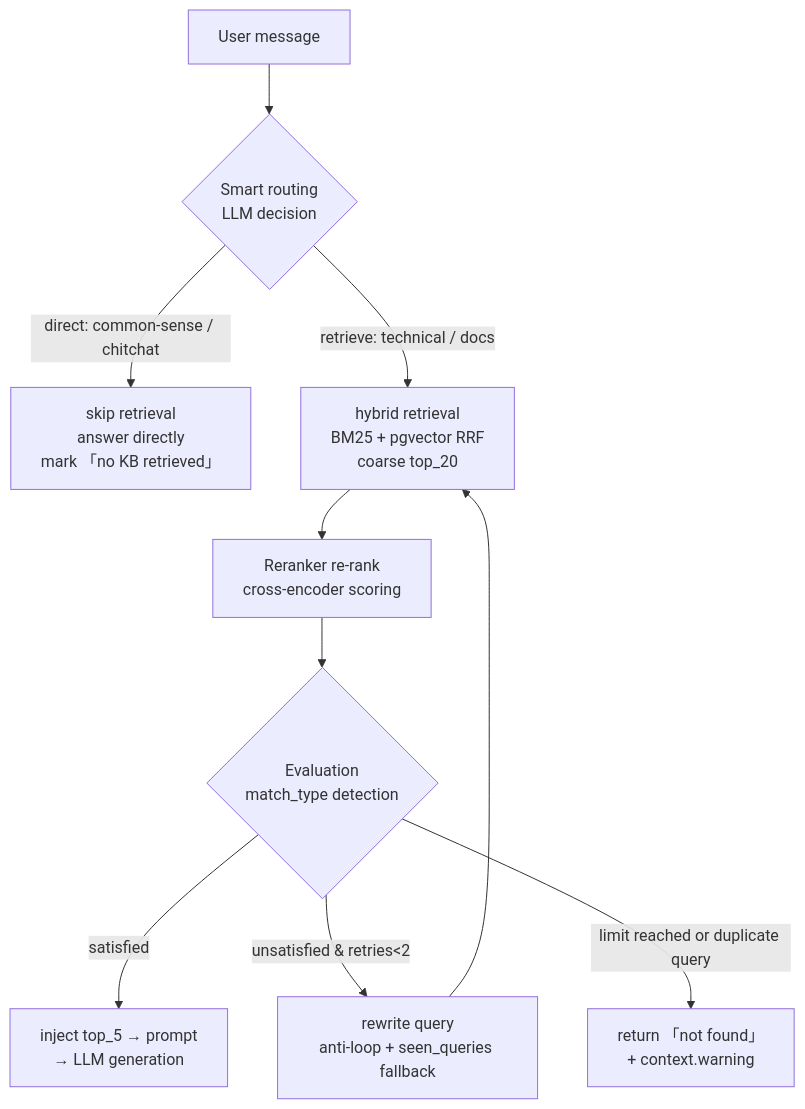
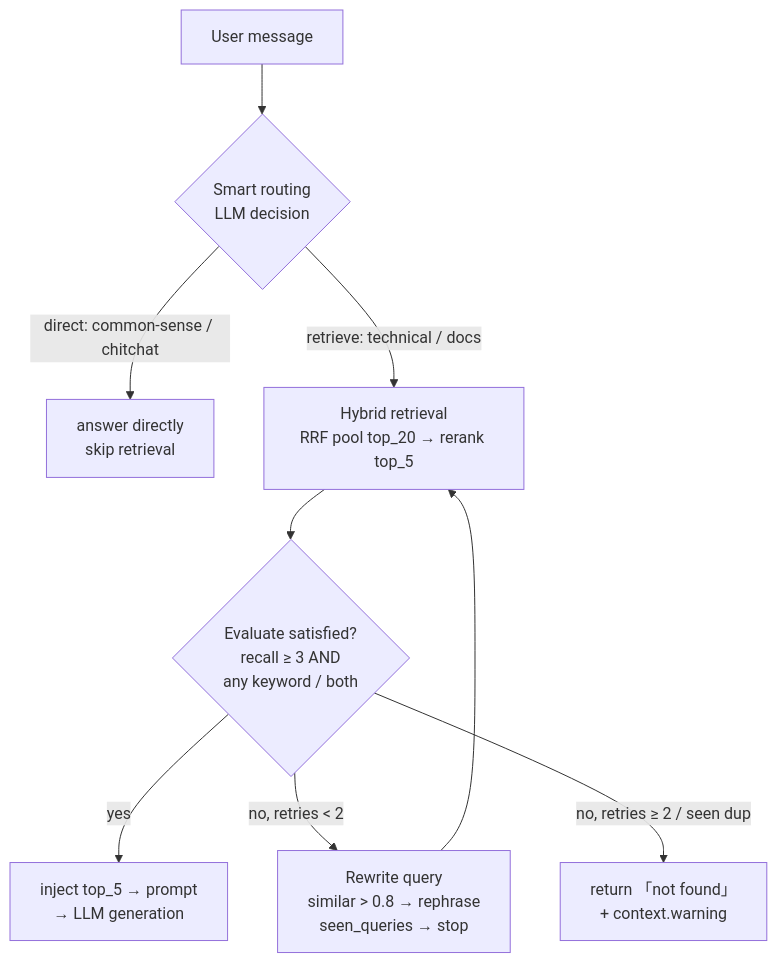
The fourth of 6 diagrams in README.md (KevinDeng-0411/CodeAware), drawn with Mermaid before and after one commit. The commit also changed other lines of this file and 1 other file, not shown here.

Commit message:
docs: README §4 决策流图补全真实评估逻辑（召回数量 + match_type 双信号 + 防打转）
- evaluate 判定：recall ≥ 3 AND any keyword/both（RetrievalEvaluator，非 LLM）
- rewrite 注明相似度>0.8 换角度、seen_queries 即停（MAX_RETRY=2 收敛）
- 注释补 RRF 分数差废弃原因（相邻分差恒定 0.0003）

````diff
--- a/README.md
+++ b/README.md
@@ -232,12 +232,11 @@
 ```mermaid
 flowchart TD
     A[User message] --> B{Smart routing<br/>LLM decision}
-    B -->|direct: common-sense / chitchat| C[skip retrieval<br/>answer directly<br/>mark 「no KB retrieved」]
-    B -->|retrieve: technical / docs| D[hybrid retrieval<br/>BM25 + pgvector RRF<br/>coarse top_20]
-    D --> E[Reranker re-rank<br/>cross-encoder scoring]
-    E --> F{Evaluation<br/>match_type detection}
-    F -->|satisfied| G[inject top_5 → prompt<br/>→ LLM generation]
-    F -->|unsatisfied & retries<2| H[rewrite query<br/>anti-loop + seen_queries fallback]
-    H --> D
-    F -->|limit reached or duplicate query| I[return 「not found」<br/>+ context.warning]
+    B -->|direct: common-sense / chitchat| C[answer directly<br/>skip retrieval]
+    B -->|retrieve: technical / docs| D[Hybrid retrieval<br/>RRF pool top_20 → rerank top_5]
+    D --> E{Evaluate satisfied?<br/>recall ≥ 3 AND<br/>any keyword / both}
+    E -->|yes| F[inject top_5 → prompt<br/>→ LLM generation]
+    E -->|no, retries < 2| G[Rewrite query<br/>similar > 0.8 → rephrase<br/>seen_queries → stop]
+    G --> D
+    E -->|no, retries ≥ 2 / seen dup| H[return 「not found」<br/>+ context.warning]
 ```
````
